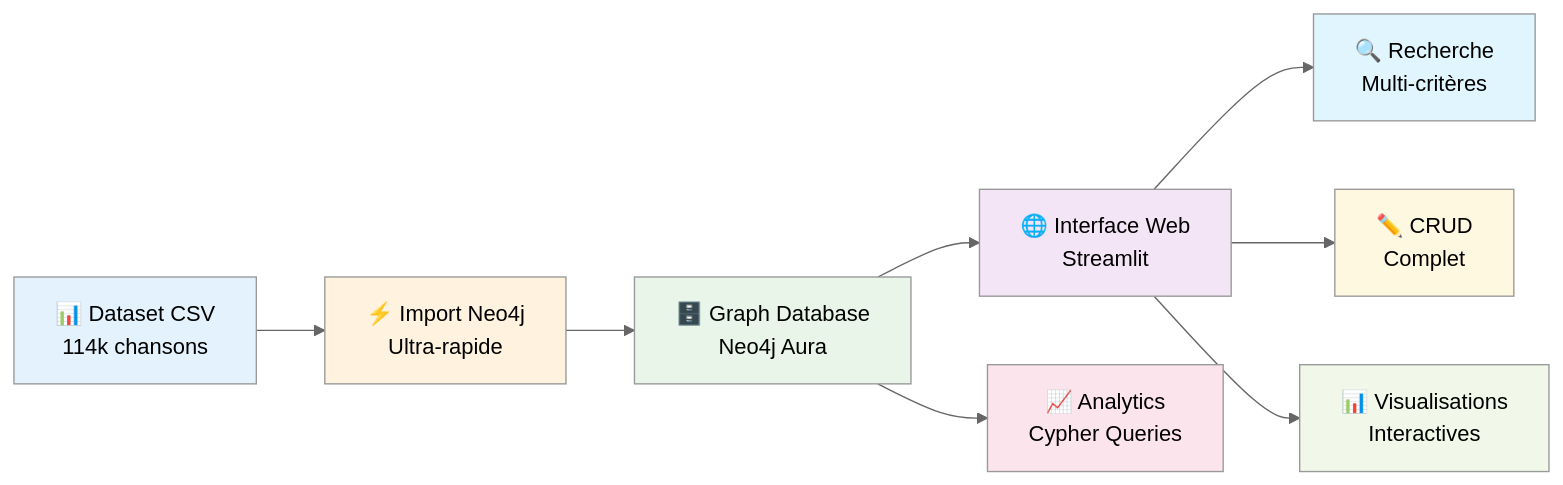
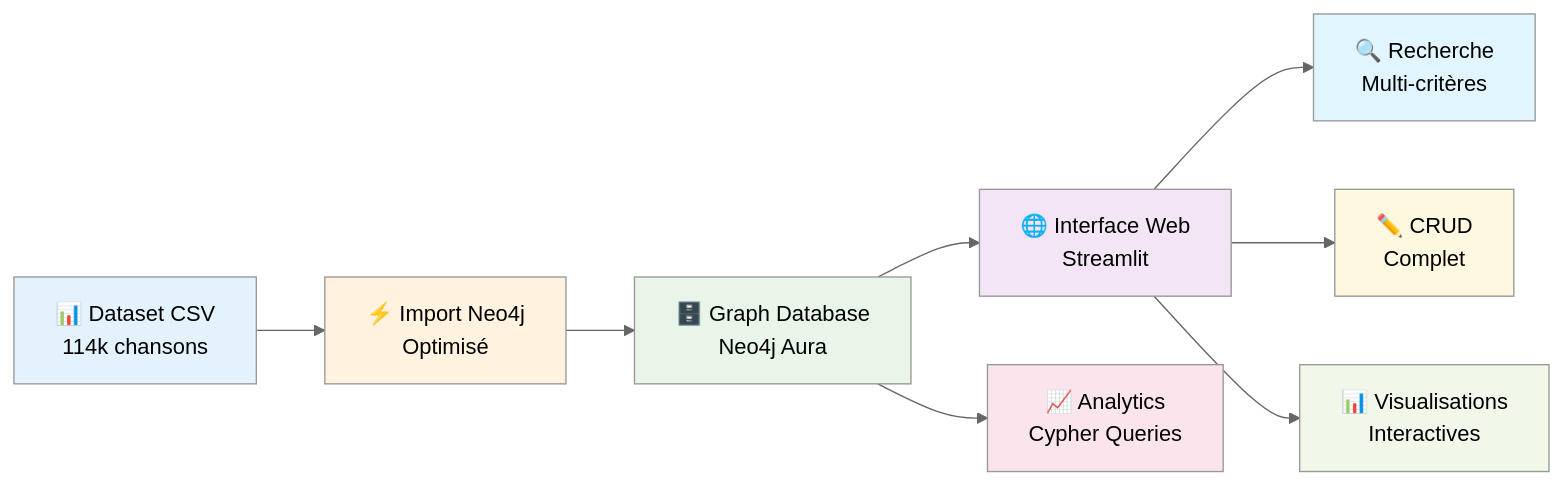
One commit to MatisAgr/IPSSI_SPOTIFY_NOSQL changed the fifth of 5 diagrams in README.md. Above: the diagram before and after it, drawn with Mermaid (neutral theme). The commit also changed other lines of this file, not shown here.

````diff
--- a/README.md
+++ b/README.md
@@ -436,20 +403,20 @@
 ```mermaid
 graph LR
-    A[📊 Dataset CSV<br/>114k chansons] --> B[⚡ Import Neo4j<br/>Ultra-rapide]
+    A[📊 Dataset CSV<br/>114k chansons] --> B[⚡ Import Neo4j<br/>Optimisé]
     B --> C[🗄️ Graph Database<br/>Neo4j Aura]
     C --> D[🌐 Interface Web<br/>Streamlit]
     C --> E[📈 Analytics<br/>Cypher Queries]
     
     D --> F[🔍 Recherche<br/>Multi-critères]
     D --> G[✏️ CRUD<br/>Complet]
     D --> H[📊 Visualisations<br/>Interactives]
     
     style A fill:#e3f2fd
     style B fill:#fff3e0
     style C fill:#e8f5e8
     style D fill:#f3e5f5
     style E fill:#fce4ec
     style F fill:#e1f5fe
     style G fill:#fff8e1
     style H fill:#f1f8e9
 ```
````
